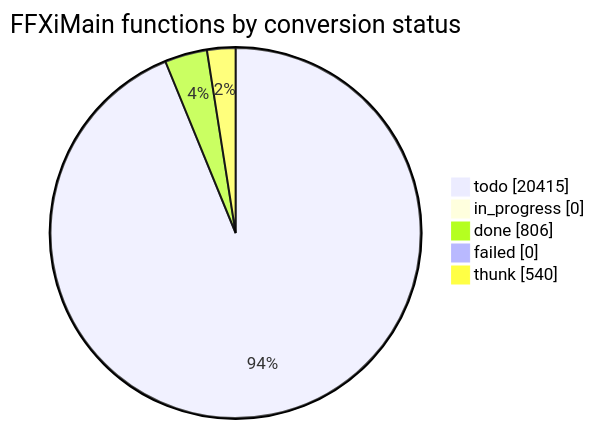
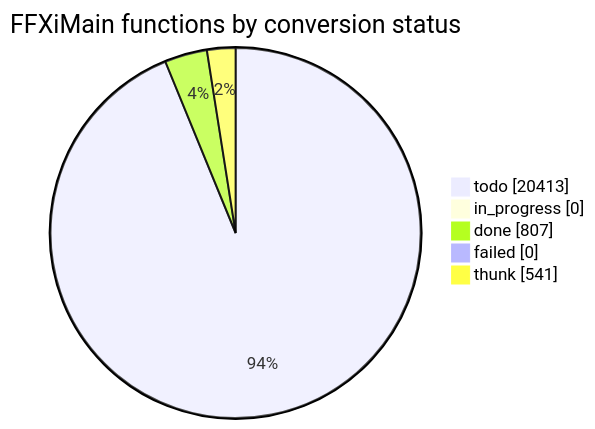
Before and after one commit to cowrevenge/cow_kuluu_xi_anything: the diagram in docs/cow/STATUS.md, drawn with Mermaid. The commit also changed other lines of this file and 9 other files, not shown here.

````diff
--- a/docs/cow/STATUS.md
+++ b/docs/cow/STATUS.md
@@ -18,9 +18,9 @@
 ```mermaid
 pie showData
     title FFXiMain functions by conversion status
-    "todo" : 20415
+    "todo" : 20413
     "in_progress" : 0
-    "done" : 806
+    "done" : 807
     "failed" : 0
-    "thunk" : 540
+    "thunk" : 541
 ```
````
